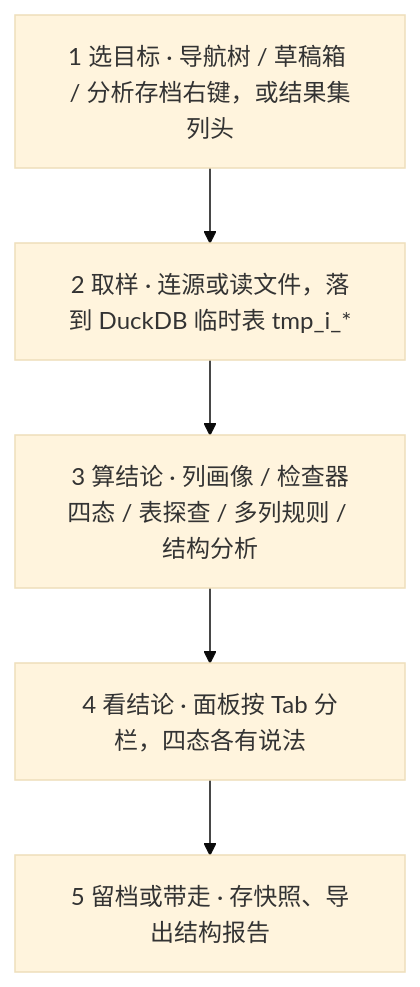
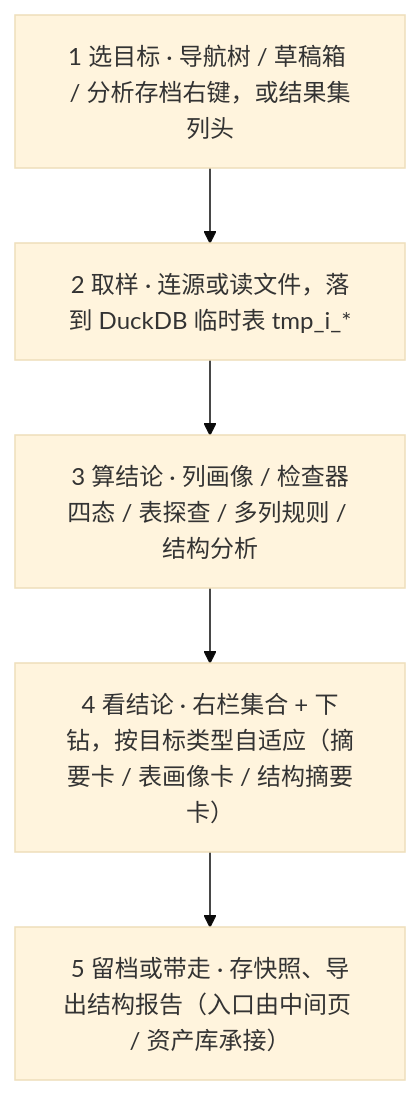
One commit to ling-love-xin/RdataStation-v2 changed the first of 2 diagrams in docs/architecture/insight/insight-showcase.md. Above: the diagram before and after it, drawn with Mermaid (base theme). The commit also changed other lines of this file and 30 other files, not shown here.

````diff
--- a/docs/architecture/insight/insight-showcase.md
+++ b/docs/architecture/insight/insight-showcase.md
@@ -131,7 +128,7 @@
 ```mermaid
 flowchart TD
     A["1 选目标 · 导航树 / 草稿箱 / 分析存档右键，或结果集列头"] --> B["2 取样 · 连源或读文件，落到 DuckDB 临时表 tmp_i_*"]
     B --> C["3 算结论 · 列画像 / 检查器四态 / 表探查 / 多列规则 / 结构分析"]
-    C --> D["4 看结论 · 面板按 Tab 分栏，四态各有说法"]
-    D --> E["5 留档或带走 · 存快照、导出结构报告"]
+    C --> D["4 看结论 · 右栏集合 + 下钻，按目标类型自适应（摘要卡 / 表画像卡 / 结构摘要卡）"]
+    D --> E["5 留档或带走 · 存快照、导出结构报告（入口由中间页 / 资产库承接）"]
 ```
````
